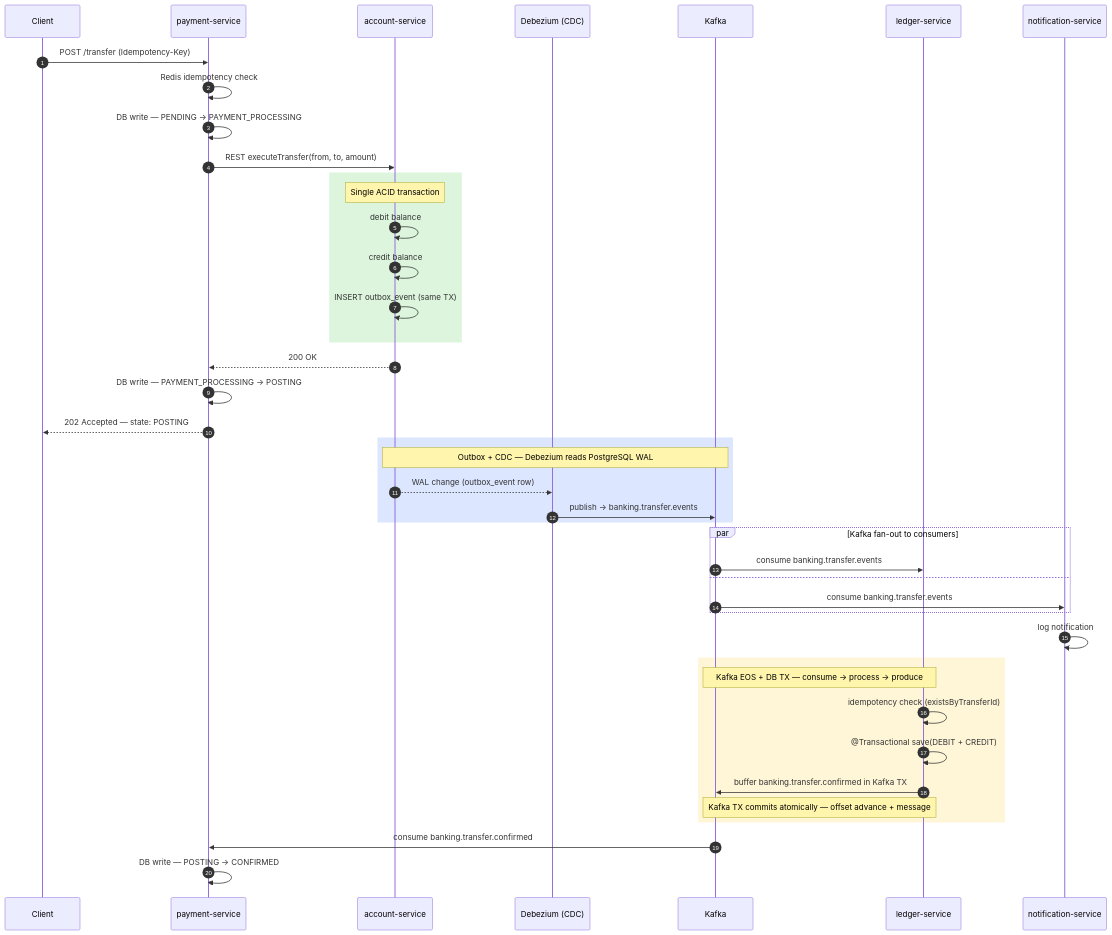
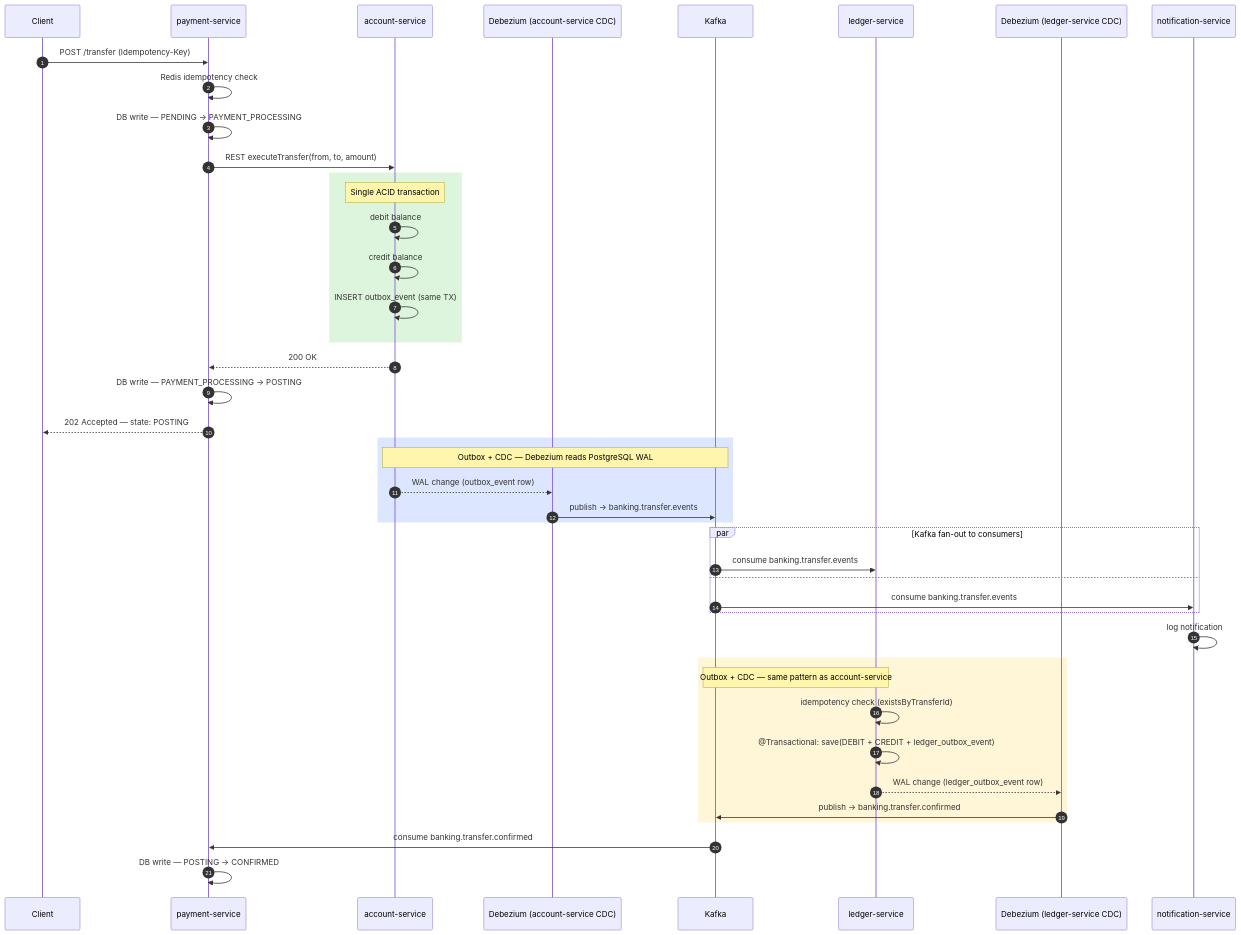
One commit to Harry-Zhao-AU/harry-zhao-au.github.io changed the first of 2 diagrams in _posts/2026-04-16-saga-outbox-kafka-eos-distributed-transactions.md. Above: the diagram before and after it, drawn with Mermaid. The commit also changed other lines of this file, not shown here.

First line of the commit message:
post: update Saga/Outbox post — drop Kafka EOS, extend CDC to ledger-service

````diff
--- a/_posts/2026-04-16-saga-outbox-kafka-eos-distributed-transactions.md
+++ b/_posts/2026-04-16-saga-outbox-kafka-eos-distributed-transactions.md
@@ -49,53 +47,54 @@
 ```mermaid
 sequenceDiagram
     autonumber
     participant C as Client
     participant PS as payment-service
     participant AS as account-service
-    participant DZ as Debezium (CDC)
+    participant DZ1 as Debezium (account-service CDC)
     participant K as Kafka
     participant LS as ledger-service
+    participant DZ2 as Debezium (ledger-service CDC)
     participant NS as notification-service
 
     C->>PS: POST /transfer (Idempotency-Key)
     PS->>PS: Redis idempotency check
     PS->>PS: DB write — PENDING → PAYMENT_PROCESSING
 
     PS->>AS: REST executeTransfer(from, to, amount)
 
     rect rgb(220, 245, 220)
         Note over AS: Single ACID transaction
         AS->>AS: debit balance
         AS->>AS: credit balance
         AS->>AS: INSERT outbox_event (same TX)
     end
 
     AS-->>PS: 200 OK
     PS->>PS: DB write — PAYMENT_PROCESSING → POSTING
     PS-->>C: 202 Accepted — state: POSTING
 
     rect rgb(220, 230, 255)
         Note over AS,K: Outbox + CDC — Debezium reads PostgreSQL WAL
-        AS-->>DZ: WAL change (outbox_event row)
-        DZ->>K: publish → banking.transfer.events
+        AS-->>DZ1: WAL change (outbox_event row)
+        DZ1->>K: publish → banking.transfer.events
     end
 
     par Kafka fan-out to consumers
         K->>LS: consume banking.transfer.events
     and
         K->>NS: consume banking.transfer.events
     end
 
     NS->>NS: log notification
 
     rect rgb(255, 245, 215)
-        Note over LS,K: Kafka EOS + DB TX — consume → process → produce
+        Note over LS,K: Outbox + CDC — same pattern as account-service
         LS->>LS: idempotency check (existsByTransferId)
-        LS->>LS: @Transactional save(DEBIT + CREDIT)
-        LS->>K: buffer banking.transfer.confirmed in Kafka TX
-        Note over LS,K: Kafka TX commits atomically — offset advance + message
+        LS->>LS: @Transactional: save(DEBIT + CREDIT + ledger_outbox_event)
+        LS-->>DZ2: WAL change (ledger_outbox_event row)
+        DZ2->>K: publish → banking.transfer.confirmed
     end
 
     K->>PS: consume banking.transfer.confirmed
     PS->>PS: DB write — POSTING → CONFIRMED
 ```
````
